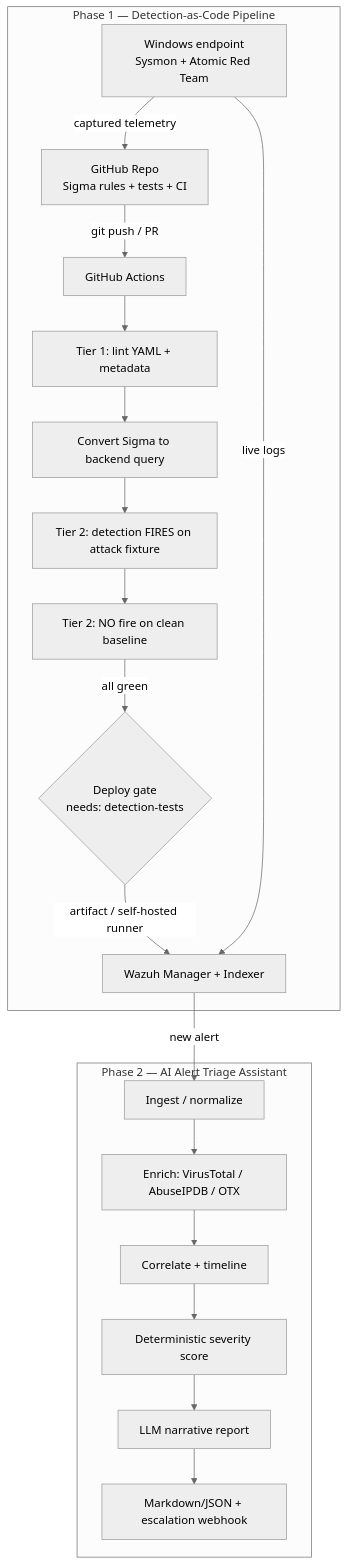
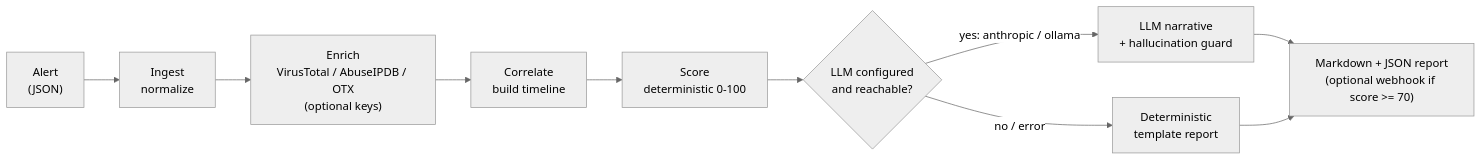
Before and after one commit to EduardoRochaFernandes/detection-as-code-pipeline: the second of 2 diagrams in README.md, drawn with Mermaid (neutral theme). The commit also changed other lines of this file and 3 other files, not shown here.

Commit message:
docs: rewrite README with diagrams, one-click path and honest status; add contributing, security, changelog

````diff
--- a/README.md
+++ b/README.md
@@ -25,22 +82,12 @@
 ```mermaid
-flowchart TD
-    subgraph P1["Phase 1 — Detection-as-Code Pipeline"]
-        A[GitHub Repo<br/>Sigma rules + tests + CI] -->|git push / PR| B[GitHub Actions]
-        B --> B1[Tier 1: lint YAML + metadata]
-        B1 --> B2[Convert Sigma to backend query]
-        B2 --> B3[Tier 2: detection FIRES on attack fixture]
-        B3 --> B4[Tier 2: NO fire on clean baseline]
-        B4 -->|all green| C{Deploy gate<br/>needs: detection-tests}
-        C -->|artifact / self-hosted runner| D[Wazuh Manager + Indexer]
-        E[Windows endpoint<br/>Sysmon + Atomic Red Team] -->|captured telemetry| A
-        E -->|live logs| D
-    end
-    subgraph P2["Phase 2 — AI Alert Triage Assistant"]
-        D -->|new alert| F[Ingest / normalize]
-        F --> G[Enrich: VirusTotal / AbuseIPDB / OTX]
-        G --> H[Correlate + timeline]
-        H --> I[Deterministic severity score]
-        I --> J[LLM narrative report]
-        J --> K[Markdown/JSON + escalation webhook]
-    end
+flowchart LR
+    A["Alert<br/>(JSON)"] --> B[Ingest<br/>normalize]
+    B --> C["Enrich<br/>VirusTotal / AbuseIPDB / OTX<br/>(optional keys)"]
+    C --> D[Correlate<br/>build timeline]
+    D --> E["Score<br/>deterministic 0-100"]
+    E --> F{"LLM configured<br/>and reachable?"}
+    F -->|"yes: anthropic / ollama"| G["LLM narrative<br/>+ hallucination guard"]
+    F -->|"no / error"| H["Deterministic<br/>template report"]
+    G --> I["Markdown + JSON report<br/>(optional webhook if score >= 70)"]
+    H --> I
 ```
````
